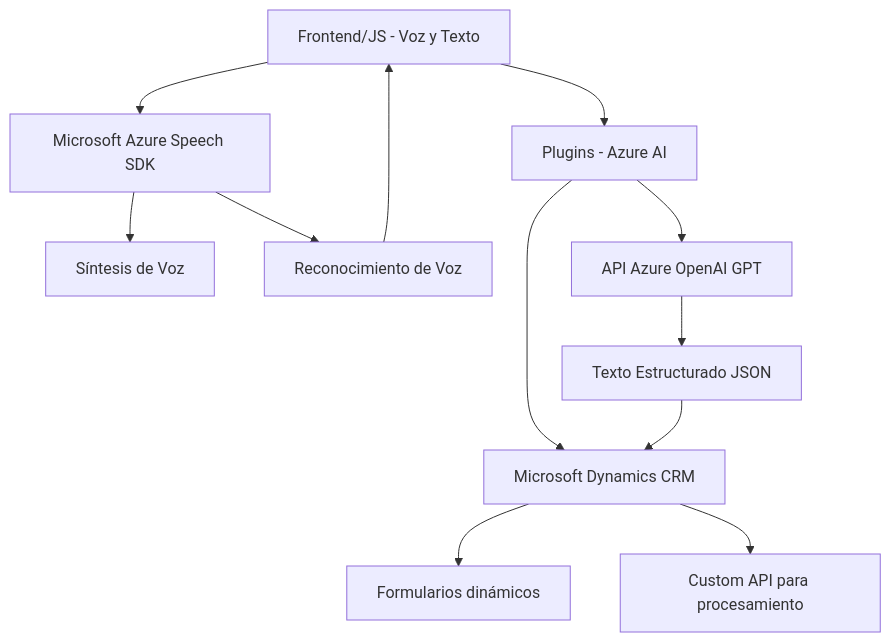
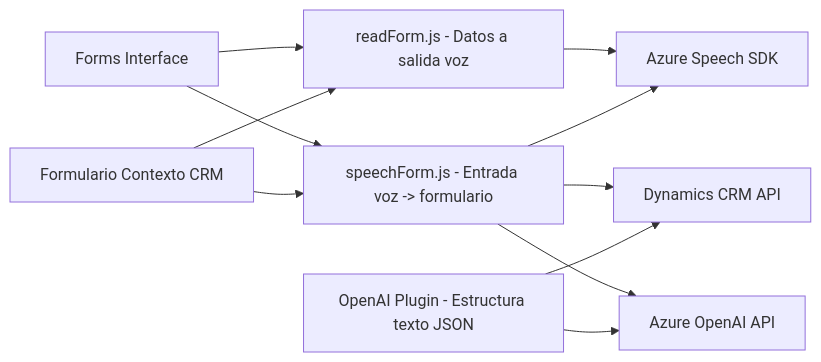
Before and after one commit to blopezdm/NETCORE_BILBAO2025: the diagram in README.md, drawn with Mermaid. The commit also changed other lines of this file, not shown here.

````diff
--- a/README.md
+++ b/README.md
@@ -39,14 +45,22 @@
 ```mermaid
-graph TD
-    A["Frontend/JS - Voz y Texto"] --> B["Plugins - Azure AI"]
-    B --> C["Microsoft Dynamics CRM"]
-    A --> D["Microsoft Azure Speech SDK"]
-    D --> E["Síntesis de Voz"]
-    D --> F["Reconocimiento de Voz"]
-    F --> A
-    B --> G["API Azure OpenAI GPT"]
-    G --> H["Texto Estructurado JSON"]
-    H --> C
-    C --> J["Formularios dinámicos"]
-    C --> I["Custom API para procesamiento"]
+graph LR
+    A["Forms Interface"]
+    B["readForm.js - Datos a salida voz"]
+    C["speechForm.js - Entrada voz -> formulario"]
+    D["OpenAI Plugin - Estructura texto JSON"]
+    E["Azure Speech SDK"]
+    F["Dynamics CRM API"]
+    G["Azure OpenAI API"]
+    H["Formulario Contexto CRM"]
+
+    A-->B
+    A-->C
+    B-->E
+    C-->E
+    C-->F
+    C-->G
+    H-->B
+    H-->C
+    D-->F
+    D-->G
 ```
````
